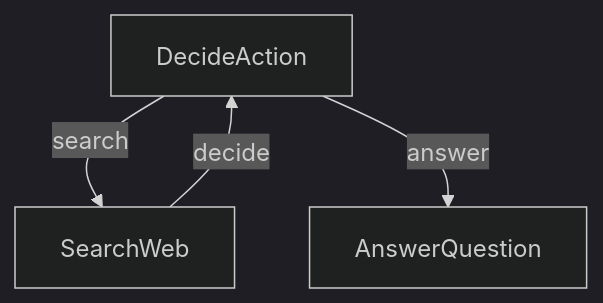
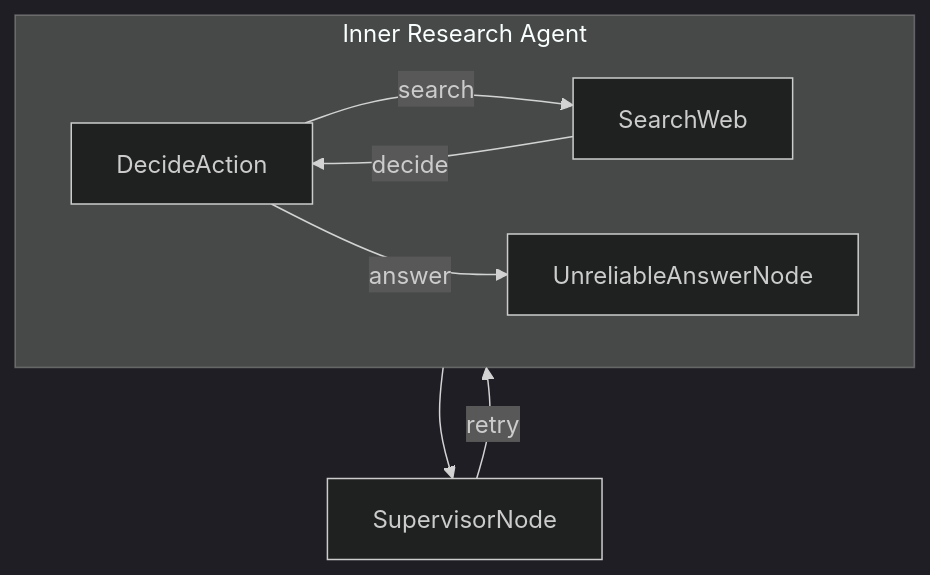
The diagram in cookbook/pocketflow-supervisor/README.md (yuwei2010/PocketFlow), drawn with Mermaid (dark theme) before and after one commit. The commit also changed other lines of this file and 4 other files, not shown here.

````diff
--- a/cookbook/pocketflow-supervisor/README.md
+++ b/cookbook/pocketflow-supervisor/README.md
@@ -42,6 +48,11 @@
 ```mermaid
 graph TD
-    A[DecideAction] -->|"search"| B[SearchWeb]
-    A -->|"answer"| C[AnswerQuestion]
-    B -->|"decide"| A
+    subgraph InnerAgent[Inner Research Agent]
+        DecideAction -->|"search"| SearchWeb
+        DecideAction -->|"answer"| UnreliableAnswerNode
+        SearchWeb -->|"decide"| DecideAction
+    end
+    
+    InnerAgent --> SupervisorNode
+    SupervisorNode -->|"retry"| InnerAgent
 ```
````
